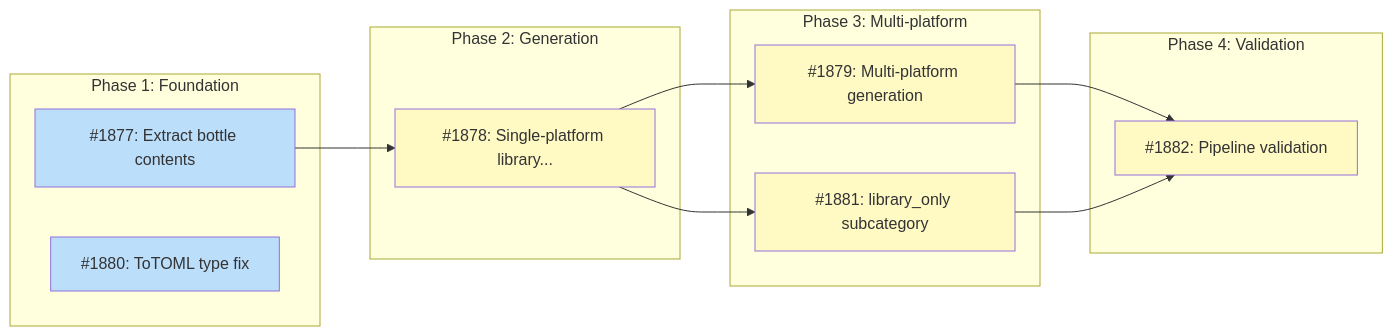
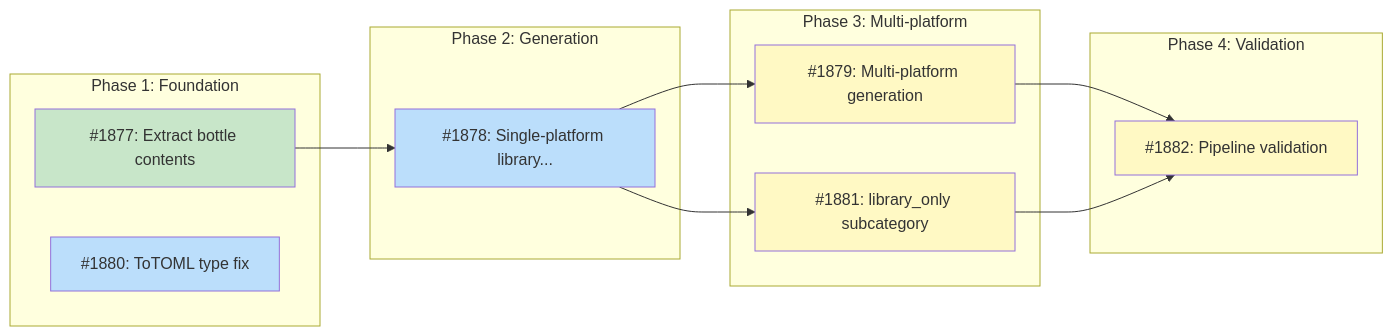
One commit to tsukumogami/tsuku changed the diagram in docs/designs/DESIGN-library-recipe-generation.md. Above: the diagram before and after it, drawn with Mermaid. The commit also changed other lines of this file, not shown here.

Commit message:
docs(design): mark #1877 as done in implementation issues

````diff
--- a/docs/designs/DESIGN-library-recipe-generation.md
+++ b/docs/designs/DESIGN-library-recipe-generation.md
@@ -53,35 +53,36 @@
 ```mermaid
 graph LR
     subgraph Phase1["Phase 1: Foundation"]
         I1877["#1877: Extract bottle contents"]
         I1880["#1880: ToTOML type fix"]
     end
 
     subgraph Phase2["Phase 2: Generation"]
         I1878["#1878: Single-platform library..."]
     end
 
     subgraph Phase3["Phase 3: Multi-platform"]
         I1879["#1879: Multi-platform generation"]
         I1881["#1881: library_only subcategory"]
     end
 
     subgraph Phase4["Phase 4: Validation"]
         I1882["#1882: Pipeline validation"]
     end
 
     I1877 --> I1878
     I1878 --> I1879
     I1878 --> I1881
     I1879 --> I1882
     I1881 --> I1882
 
     classDef done fill:#c8e6c9
     classDef ready fill:#bbdefb
     classDef blocked fill:#fff9c4
     classDef needsDesign fill:#e1bee7
     classDef tracksDesign fill:#FFE0B2,stroke:#F57C00,color:#000
 
-    class I1877,I1880 ready
-    class I1878,I1879,I1881,I1882 blocked
+    class I1877 done
+    class I1880,I1878 ready
+    class I1879,I1881,I1882 blocked
 ```
````
